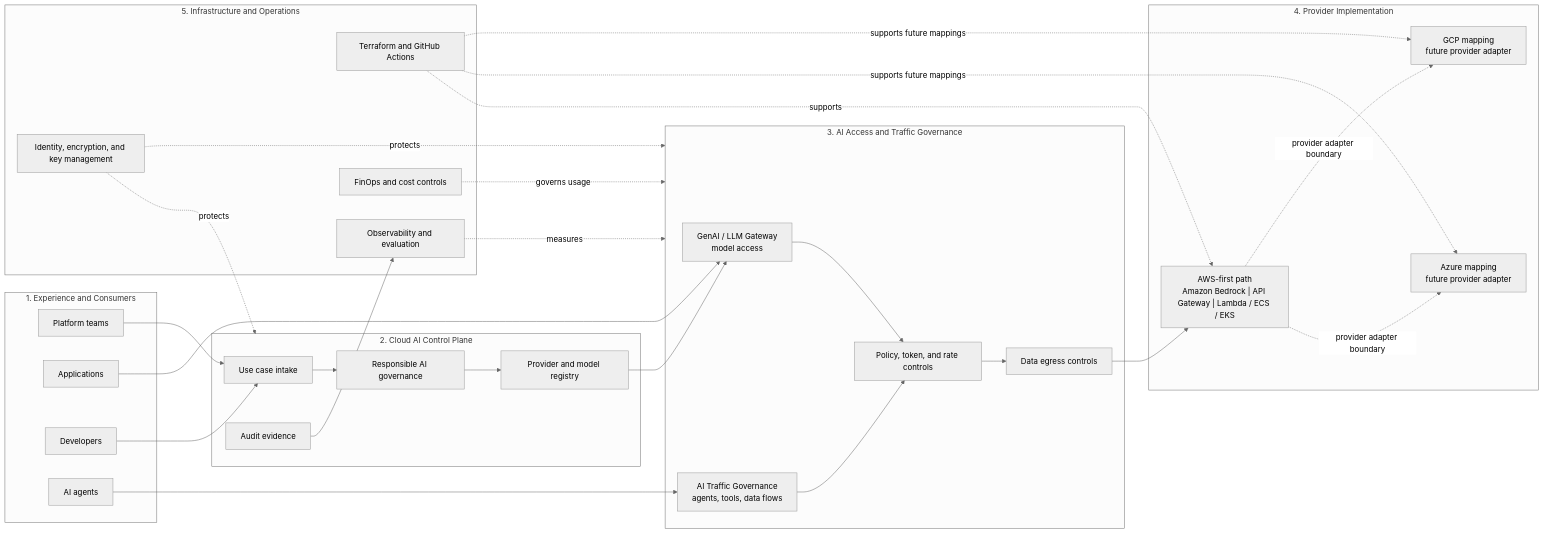
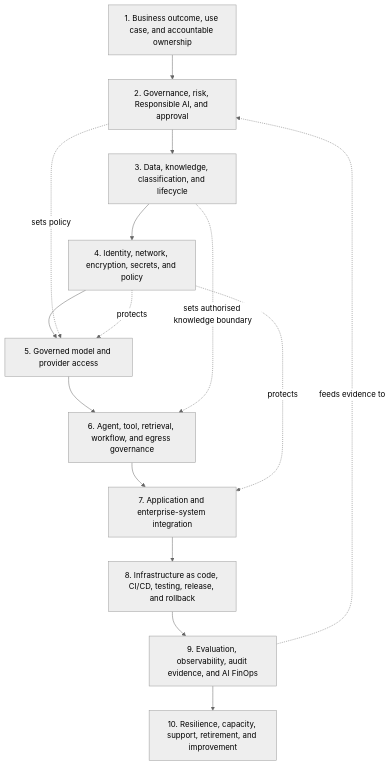
One commit to afaryy/cloudai-platform changed the second of 3 diagrams in docs/architecture.md. Above: the diagram before and after it, drawn with Mermaid (neutral theme). The commit also changed other lines of this file and 9 other files, not shown here.

Commit message:
docs: align CloudAI architecture hierarchy

````diff
--- a/docs/architecture.md
+++ b/docs/architecture.md
@@ -44,62 +69,21 @@
 ```mermaid
-flowchart LR
-  subgraph experience["1. Experience and Consumers"]
-    teams["Platform teams"]
-    apps["Applications"]
-    developers["Developers"]
-    agents["AI agents"]
-  end
+flowchart TB
+  intake["1. Business outcome, use case, and accountable ownership"]
+  risk["2. Governance, risk, Responsible AI, and approval"]
+  data["3. Data, knowledge, classification, and lifecycle"]
+  foundation["4. Identity, network, encryption, secrets, and policy"]
+  model["5. Governed model and provider access"]
+  traffic["6. Agent, tool, retrieval, workflow, and egress governance"]
+  integration["7. Application and enterprise-system integration"]
+  delivery["8. Infrastructure as code, CI/CD, testing, release, and rollback"]
+  operations["9. Evaluation, observability, audit evidence, and AI FinOps"]
+  lifecycle["10. Resilience, capacity, support, retirement, and improvement"]
 
-  subgraph control["2. Cloud AI Control Plane"]
-    intake["Use case intake"]
-    governance["Responsible AI governance"]
-    registry["Provider and model registry"]
-    evidence["Audit evidence"]
-  end
-
-  subgraph access["3. AI Access and Traffic Governance"]
-    llm["GenAI / LLM Gateway<br/>model access"]
-    traffic["AI Traffic Governance<br/>agents, tools, data flows"]
-    policy["Policy, token, and rate controls"]
-    egress["Data egress controls"]
-  end
-
-  subgraph provider["4. Provider Implementation"]
-    aws["AWS-first path<br/>Amazon Bedrock | API Gateway | Lambda / ECS / EKS"]
-    azure["Azure mapping<br/>future provider adapter"]
-    gcp["GCP mapping<br/>future provider adapter"]
-  end
-
-  subgraph ops["5. Infrastructure and Operations"]
-    iac["Terraform and GitHub Actions"]
-    identity["Identity, encryption, and key management"]
-    observability["Observability and evaluation"]
-    finops["FinOps and cost controls"]
-  end
-
-  teams --> intake
-  apps --> llm
-  developers --> intake
-  agents --> traffic
-
-  intake --> governance
-  governance --> registry
-  registry --> llm
-  evidence --> observability
-
-  llm --> policy
-  traffic --> policy
-  policy --> egress
-  egress --> aws
-
-  aws -. "provider adapter boundary" .-> azure
-  aws -. "provider adapter boundary" .-> gcp
-
-  iac -. "supports" .-> aws
-  iac -. "supports future mappings" .-> azure
-  iac -. "supports future mappings" .-> gcp
-  identity -. "protects" .-> control
-  identity -. "protects" .-> access
-  observability -. "measures" .-> access
-  finops -. "governs usage" .-> access
+  intake --> risk --> data --> foundation --> model --> traffic --> integration
+  integration --> delivery --> operations --> lifecycle
+  risk -. "sets policy" .-> model
+  data -. "sets authorised knowledge boundary" .-> traffic
+  foundation -. "protects" .-> model
+  foundation -. "protects" .-> integration
+  operations -. "feeds evidence to" .-> risk
 ```
````
